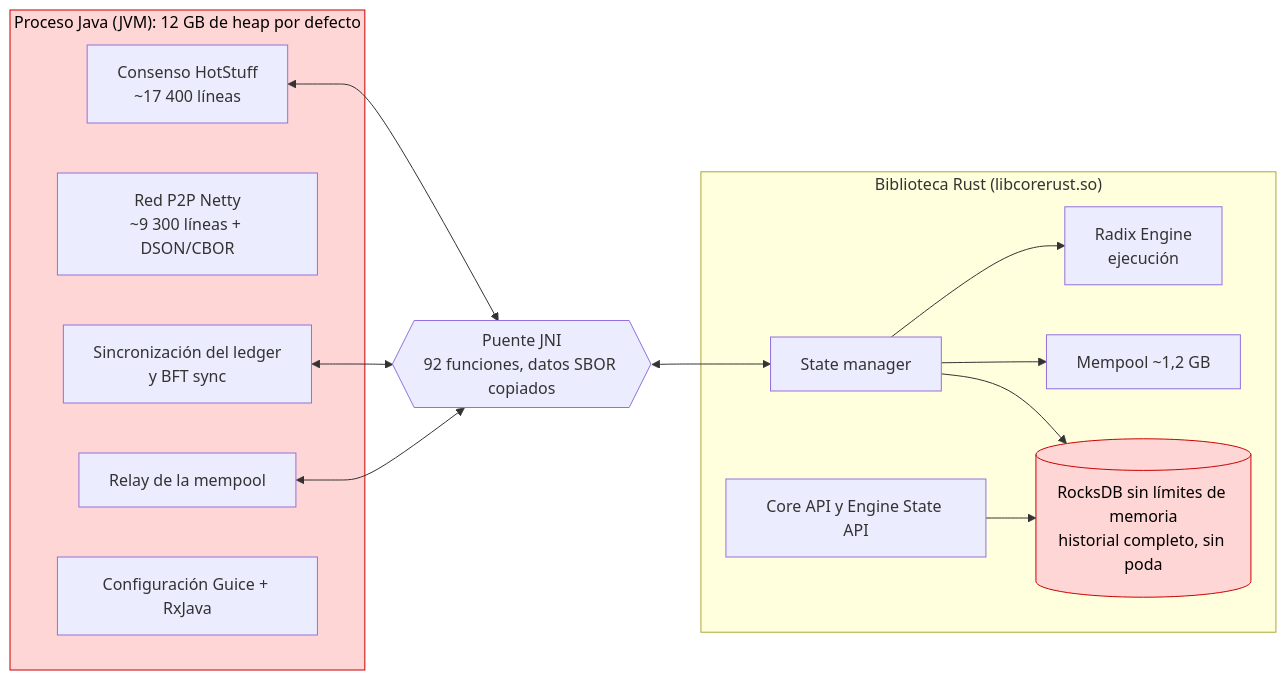
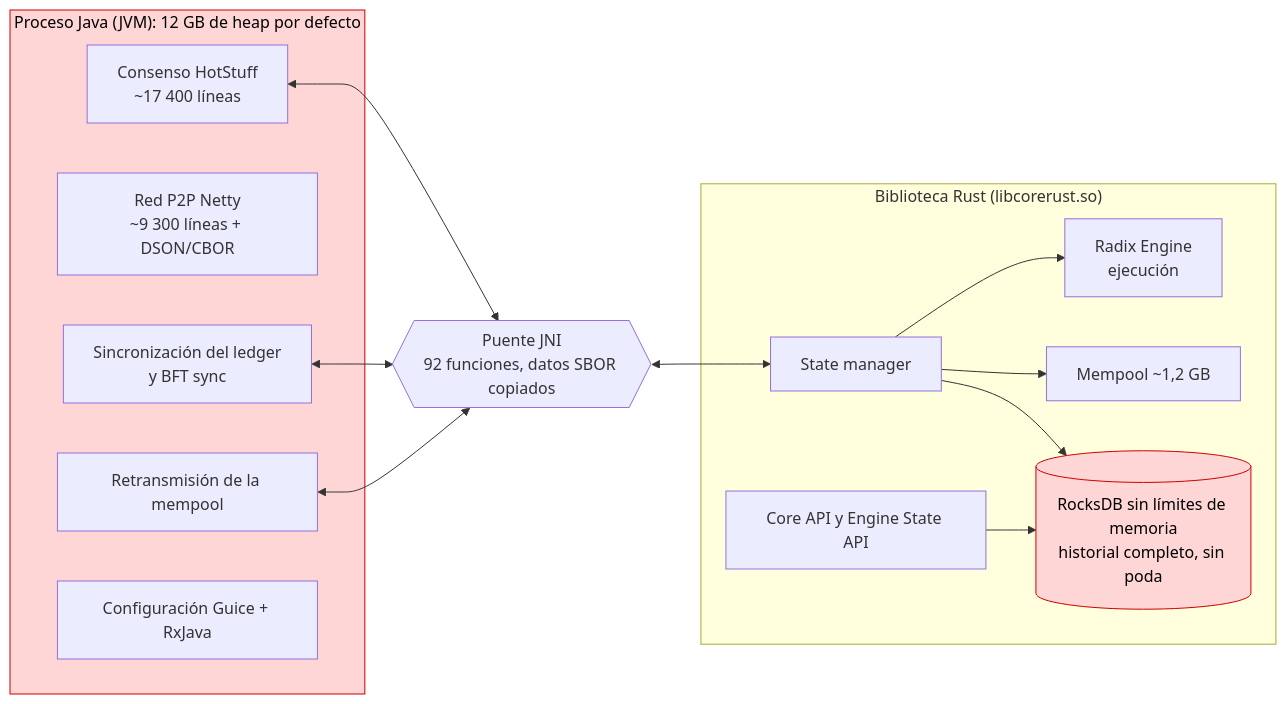
The first of 4 diagrams in docs/es/09-nodos-ligeros.md (dazligth/radix-decentralization-roadmap), drawn with Mermaid before and after one commit. The commit also changed other lines of this file and 22 other files, not shown here.

````diff
--- a/docs/es/09-nodos-ligeros.md
+++ b/docs/es/09-nodos-ligeros.md
@@ -53,28 +53,28 @@
 ```mermaid
 flowchart LR
     subgraph JVM["Proceso Java (JVM): 12 GB de heap por defecto"]
         CONS["Consenso HotStuff<br/>~17 400 líneas"]
         P2P["Red P2P Netty<br/>~9 300 líneas + DSON/CBOR"]
         SYNC["Sincronización del ledger<br/>y BFT sync"]
-        REL["Relay de la mempool"]
+        REL["Retransmisión de la mempool"]
         CFG["Configuración Guice + RxJava"]
     end
     JNI{{"Puente JNI<br/>92 funciones, datos SBOR copiados"}}
     subgraph RUST["Biblioteca Rust (libcorerust.so)"]
         ENG["Radix Engine<br/>ejecución"]
         SM["State manager"]
         MP["Mempool ~1,2 GB"]
         API["Core API y Engine State API"]
         DB[("RocksDB sin límites de memoria<br/>historial completo, sin poda")]
     end
     CONS <--> JNI
     SYNC <--> JNI
     REL <--> JNI
     JNI <--> SM
     SM --> ENG
     SM --> DB
     SM --> MP
     API --> DB
     classDef heavy fill:#ffd6d6,stroke:#c00,color:#000
     class JVM,DB heavy
 ```
````
